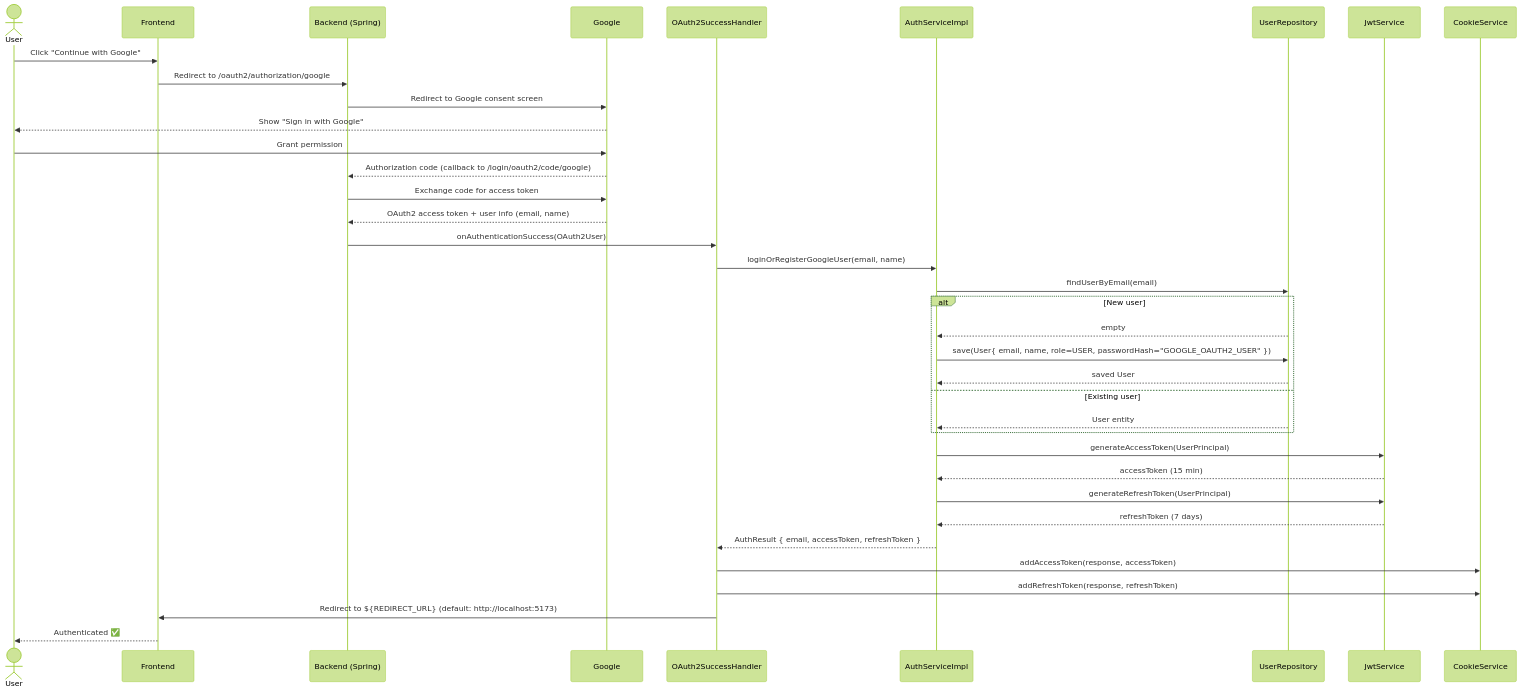
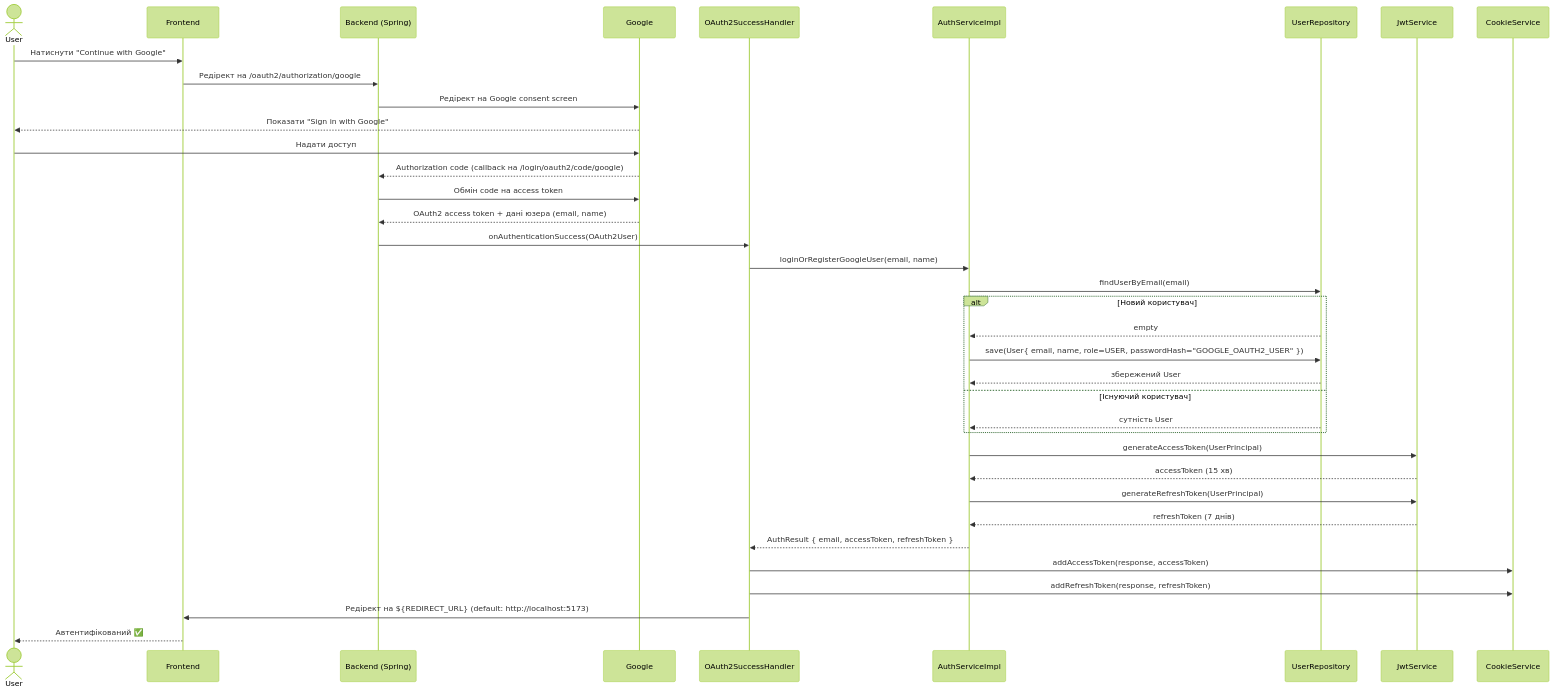
The diagram in docs/auth/google-oauth.md (MaksymChalyi/Verdora-backend), drawn with Mermaid (forest theme) before and after one commit. The commit also changed other lines of this file and 12 other files, not shown here.

````diff
--- a/docs/auth/google-oauth.md
+++ b/docs/auth/google-oauth.md
@@ -9,51 +9,51 @@
 ```mermaid
 sequenceDiagram
     actor User
     participant Frontend
-    participant Backend (Spring)
+    participant Backend as Backend (Spring)
     participant Google
     participant OAuth2SuccessHandler
     participant AuthServiceImpl
     participant UserRepository
     participant JwtService
     participant CookieService
 
-    User->>Frontend: Click "Continue with Google"
-    Frontend->>Backend (Spring): Redirect to /oauth2/authorization/google
+    User->>Frontend: Натиснути "Continue with Google"
+    Frontend->>Backend: Редірект на /oauth2/authorization/google
 
-    Backend (Spring)->>Google: Redirect to Google consent screen
-    Google-->>User: Show "Sign in with Google"
-    User->>Google: Grant permission
+    Backend->>Google: Редірект на Google consent screen
+    Google-->>User: Показати "Sign in with Google"
+    User->>Google: Надати доступ
 
-    Google-->>Backend (Spring): Authorization code (callback to /login/oauth2/code/google)
-    Backend (Spring)->>Google: Exchange code for access token
-    Google-->>Backend (Spring): OAuth2 access token + user info (email, name)
+    Google-->>Backend: Authorization code (callback на /login/oauth2/code/google)
+    Backend->>Google: Обмін code на access token
+    Google-->>Backend: OAuth2 access token + дані юзера (email, name)
 
-    Backend (Spring)->>OAuth2SuccessHandler: onAuthenticationSuccess(OAuth2User)
+    Backend->>OAuth2SuccessHandler: onAuthenticationSuccess(OAuth2User)
 
     OAuth2SuccessHandler->>AuthServiceImpl: loginOrRegisterGoogleUser(email, name)
 
     AuthServiceImpl->>UserRepository: findUserByEmail(email)
 
-    alt New user
+    alt Новий користувач
         UserRepository-->>AuthServiceImpl: empty
         AuthServiceImpl->>UserRepository: save(User{ email, name, role=USER, passwordHash="GOOGLE_OAUTH2_USER" })
-        UserRepository-->>AuthServiceImpl: saved User
-    else Existing user
-        UserRepository-->>AuthServiceImpl: User entity
+        UserRepository-->>AuthServiceImpl: збережений User
+    else Існуючий користувач
+        UserRepository-->>AuthServiceImpl: сутність User
     end
 
     AuthServiceImpl->>JwtService: generateAccessToken(UserPrincipal)
-    JwtService-->>AuthServiceImpl: accessToken (15 min)
+    JwtService-->>AuthServiceImpl: accessToken (15 хв)
 
     AuthServiceImpl->>JwtService: generateRefreshToken(UserPrincipal)
-    JwtService-->>AuthServiceImpl: refreshToken (7 days)
+    JwtService-->>AuthServiceImpl: refreshToken (7 днів)
 
     AuthServiceImpl-->>OAuth2SuccessHandler: AuthResult { email, accessToken, refreshToken }
 
     OAuth2SuccessHandler->>CookieService: addAccessToken(response, accessToken)
     OAuth2SuccessHandler->>CookieService: addRefreshToken(response, refreshToken)
 
-    OAuth2SuccessHandler->>Frontend: Redirect to ${REDIRECT_URL} (default: http://localhost:5173)
-    Frontend-->>User: Authenticated ✅
+    OAuth2SuccessHandler->>Frontend: Редірект на ${REDIRECT_URL} (default: http://localhost:5173)
+    Frontend-->>User: Автентифікований ✅
 ```
````
